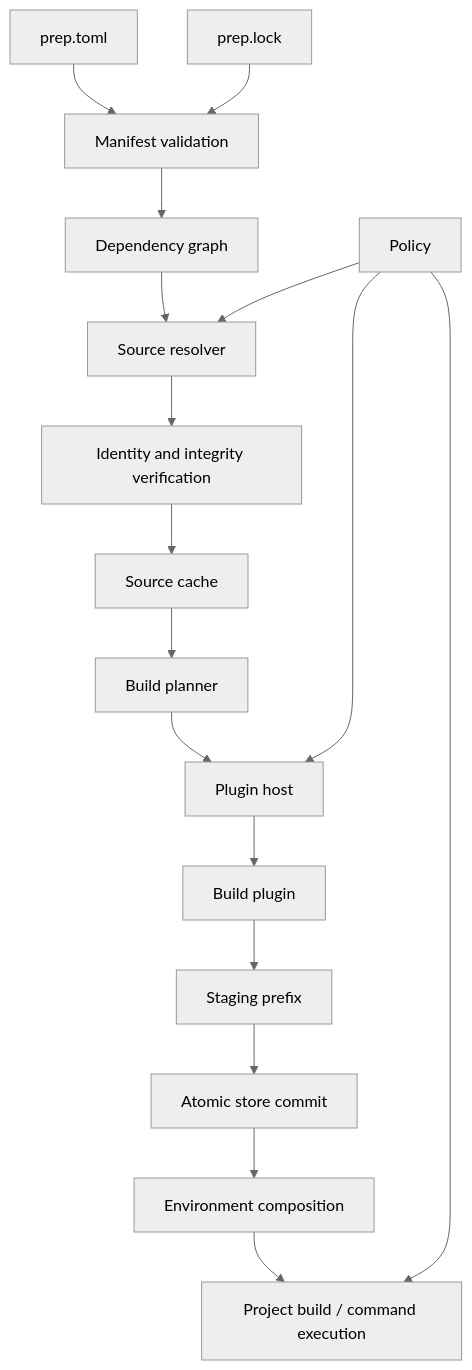
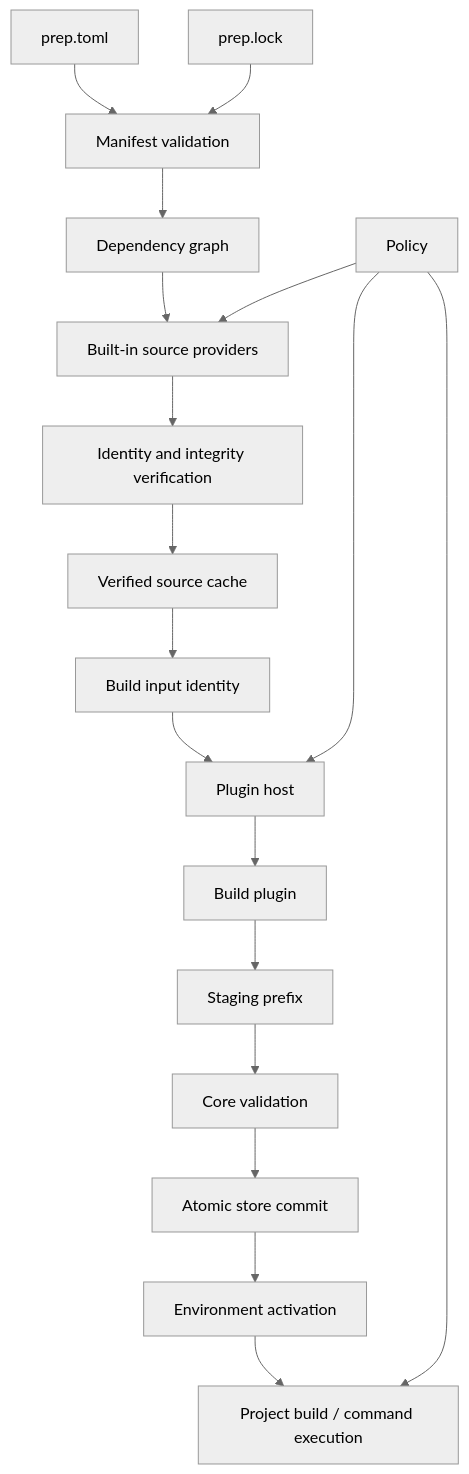
One commit to ryjen/prep changed the first of 2 diagrams in docs/design/prep-2.md. Above: the diagram before and after it, drawn with Mermaid (neutral theme). The commit also changed other lines of this file, not shown here.

Commit message:
docs: reconcile Prep 2 architecture with accepted proposals

````diff
--- a/docs/design/prep-2.md
+++ b/docs/design/prep-2.md
@@ -36,20 +36,21 @@
 ```mermaid
 flowchart TD
-    M[prep.toml] --> R[Manifest validation]
-    L[prep.lock] --> R
-    R --> G[Dependency graph]
-    G --> S[Source resolver]
-    S --> V[Identity and integrity verification]
-    V --> C[Source cache]
-    C --> B[Build planner]
-    B --> P[Plugin host]
+    M[prep.toml] --> MV[Manifest validation]
+    L[prep.lock] --> MV
+    MV --> G[Dependency graph]
+    G --> SP[Built-in source providers]
+    SP --> V[Identity and integrity verification]
+    V --> C[Verified source cache]
+    C --> BI[Build input identity]
+    BI --> P[Plugin host]
     P --> BP[Build plugin]
     BP --> ST[Staging prefix]
-    ST --> A[Atomic store commit]
-    A --> E[Environment composition]
+    ST --> SV[Core validation]
+    SV --> A[Atomic store commit]
+    A --> E[Environment activation]
     E --> X[Project build / command execution]
 
-    POL[Policy] --> S
+    POL[Policy] --> SP
     POL --> P
     POL --> X
 ```
````
